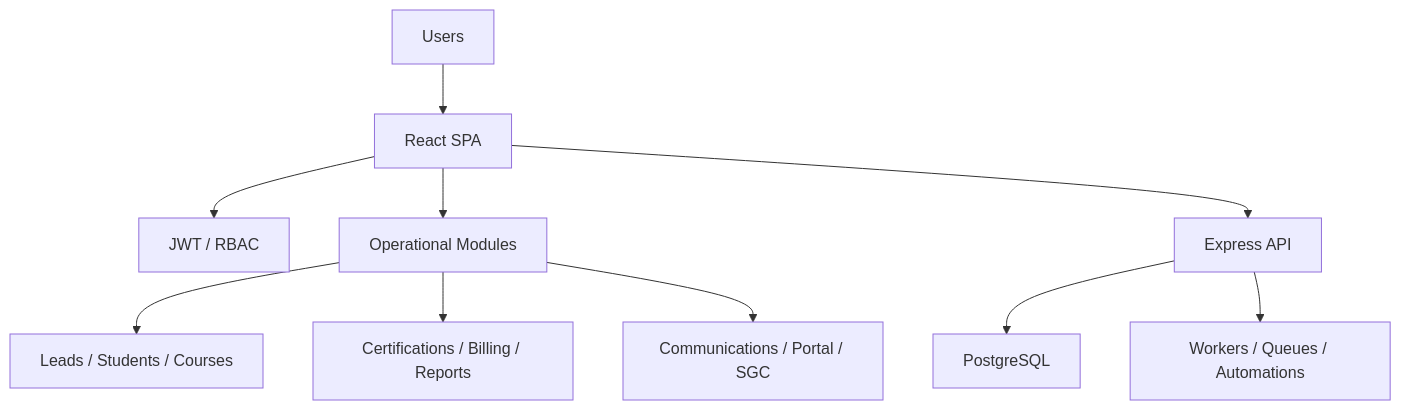
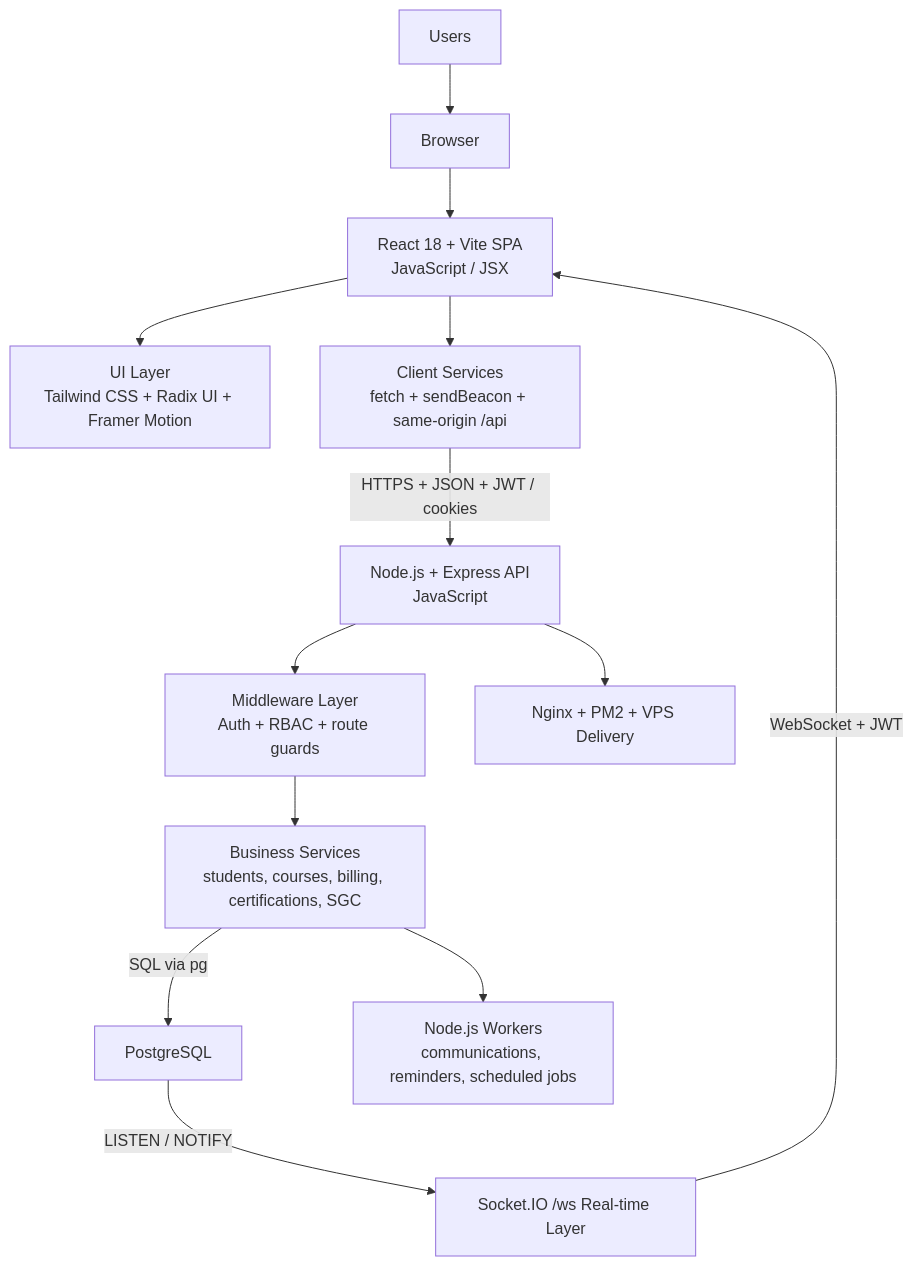
The diagram in README.md (Robertgaraban/abyss-stcw-brief), drawn with Mermaid before and after one commit. The commit also changed other lines of this file and 1 other file, not shown here.

Commit message:
Expand ABYSS architecture with technologies and connections

````diff
--- a/README.md
+++ b/README.md
@@ -122,12 +125,15 @@
 ```mermaid
 flowchart TD
-    A["Users"] --> B["React SPA"]
-    B --> C["JWT / RBAC"]
-    B --> D["Operational Modules"]
-    D --> E["Leads / Students / Courses"]
-    D --> F["Certifications / Billing / Reports"]
-    D --> G["Communications / Portal / SGC"]
-    B --> H["Express API"]
-    H --> I["PostgreSQL"]
-    H --> J["Workers / Queues / Automations"]
+    A["Users"] --> B["Browser"]
+    B --> C["React 18 + Vite SPA<br/>JavaScript / JSX"]
+    C --> D["UI Layer<br/>Tailwind CSS + Radix UI + Framer Motion"]
+    C --> E["Client Services<br/>fetch + sendBeacon + same-origin /api"]
+    E -->|HTTPS + JSON + JWT / cookies| F["Node.js + Express API<br/>JavaScript"]
+    F --> G["Middleware Layer<br/>Auth + RBAC + route guards"]
+    G --> H["Business Services<br/>students, courses, billing, certifications, SGC"]
+    H -->|SQL via pg| I["PostgreSQL"]
+    H --> J["Node.js Workers<br/>communications, reminders, scheduled jobs"]
+    I -->|LISTEN / NOTIFY| K["Socket.IO /ws Real-time Layer"]
+    K -->|WebSocket + JWT| C
+    F --> L["Nginx + PM2 + VPS Delivery"]
 ```
````
